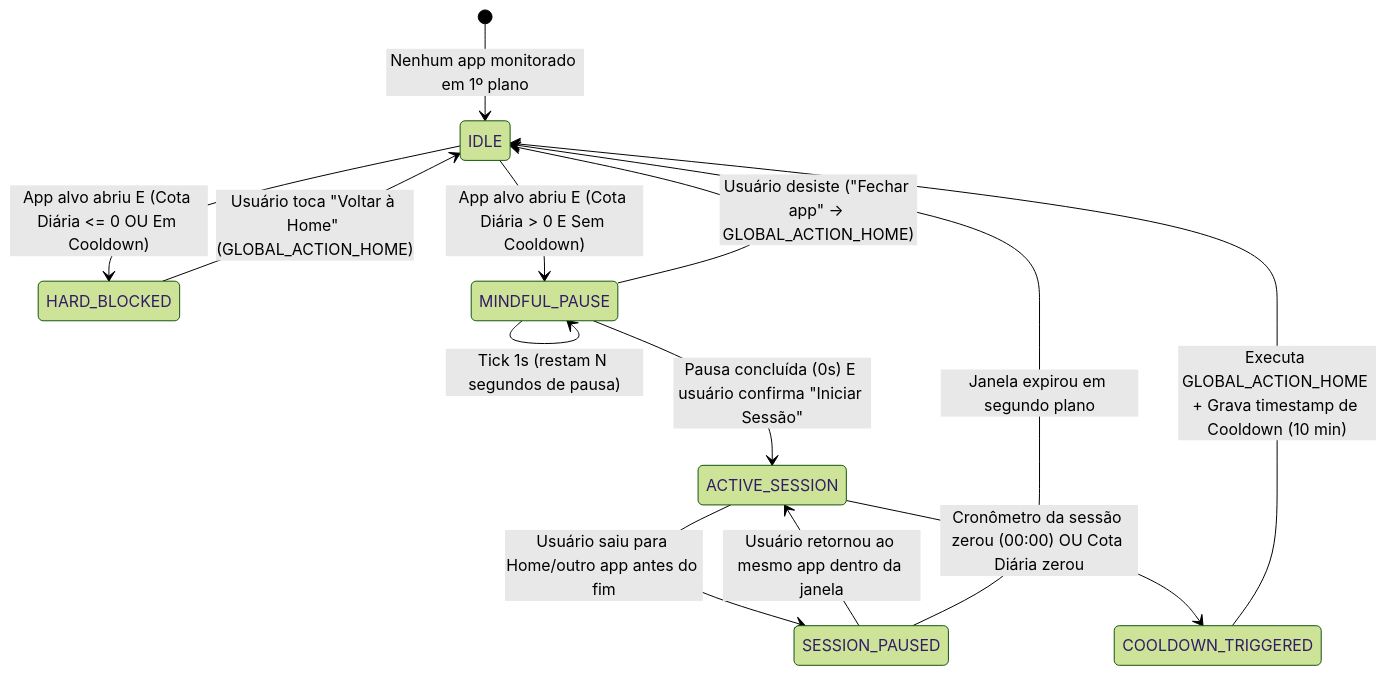
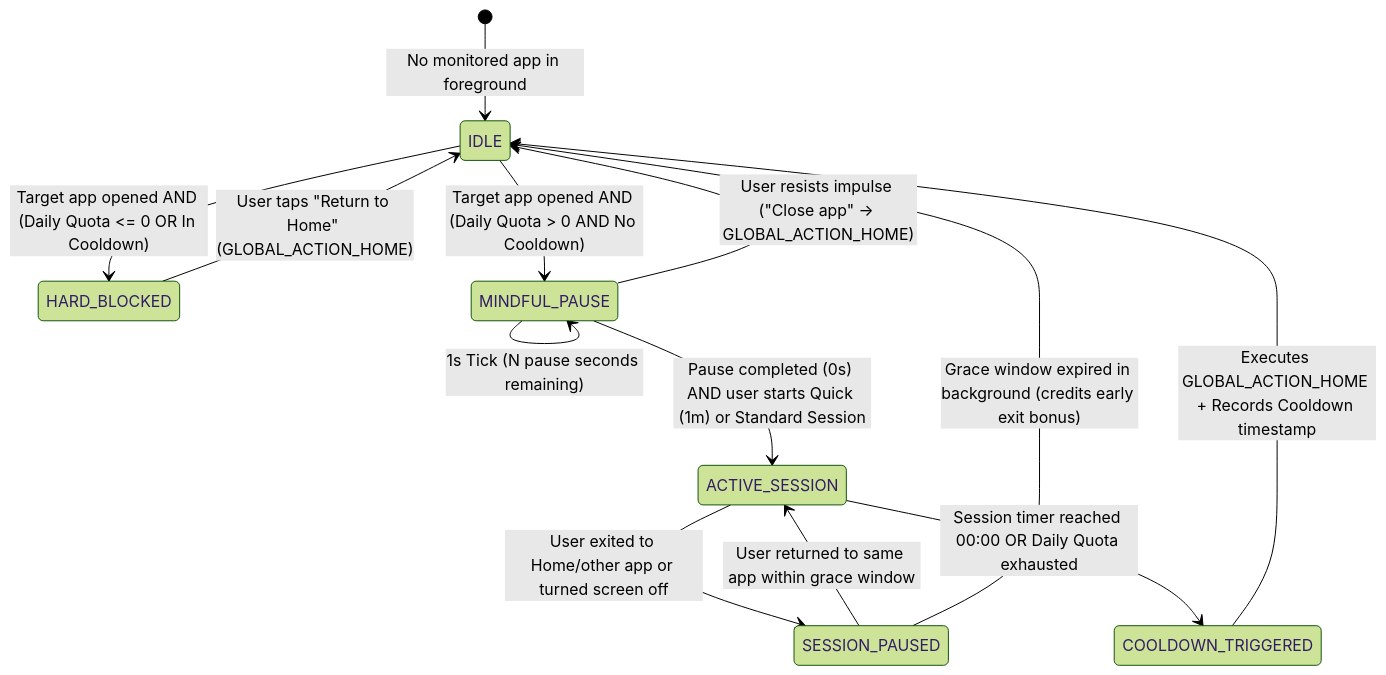
One commit to johnbatistalinux/focus-guard changed the second of 2 diagrams in ARCHITECTURE.md. Above: the diagram before and after it, drawn with Mermaid (forest theme). The commit also changed other lines of this file and 13 other files, not shown here.

````diff
--- a/ARCHITECTURE.md
+++ b/ARCHITECTURE.md
@@ -70,20 +70,20 @@
 ```mermaid
 stateDiagram-v2
-    [*] --> IDLE : Nenhum app monitorado em 1º plano
+    [*] --> IDLE : No monitored app in foreground
 
-    IDLE --> HARD_BLOCKED : App alvo abriu E (Cota Diária <= 0 OU Em Cooldown)
-    IDLE --> MINDFUL_PAUSE : App alvo abriu E (Cota Diária > 0 E Sem Cooldown)
+    IDLE --> HARD_BLOCKED : Target app opened AND (Daily Quota <= 0 OR In Cooldown)
+    IDLE --> MINDFUL_PAUSE : Target app opened AND (Daily Quota > 0 AND No Cooldown)
 
-    HARD_BLOCKED --> IDLE : Usuário toca "Voltar à Home" (GLOBAL_ACTION_HOME)
+    HARD_BLOCKED --> IDLE : User taps "Return to Home" (GLOBAL_ACTION_HOME)
 
-    MINDFUL_PAUSE --> IDLE : Usuário desiste ("Fechar app" -> GLOBAL_ACTION_HOME)
-    MINDFUL_PAUSE --> MINDFUL_PAUSE : Tick 1s (restam N segundos de pausa)
-    MINDFUL_PAUSE --> ACTIVE_SESSION : Pausa concluída (0s) E usuário confirma "Iniciar Sessão"
+    MINDFUL_PAUSE --> IDLE : User resists impulse ("Close app" -> GLOBAL_ACTION_HOME)
+    MINDFUL_PAUSE --> MINDFUL_PAUSE : 1s Tick (N pause seconds remaining)
+    MINDFUL_PAUSE --> ACTIVE_SESSION : Pause completed (0s) AND user starts Quick (1m) or Standard Session
 
-    ACTIVE_SESSION --> SESSION_PAUSED : Usuário saiu para Home/outro app antes do fim
-    SESSION_PAUSED --> ACTIVE_SESSION : Usuário retornou ao mesmo app dentro da janela
-    SESSION_PAUSED --> IDLE : Janela expirou em segundo plano
+    ACTIVE_SESSION --> SESSION_PAUSED : User exited to Home/other app or turned screen off
+    SESSION_PAUSED --> ACTIVE_SESSION : User returned to same app within grace window
+    SESSION_PAUSED --> IDLE : Grace window expired in background (credits early exit bonus)
 
-    ACTIVE_SESSION --> COOLDOWN_TRIGGERED : Cronômetro da sessão zerou (00:00) OU Cota Diária zerou
-    COOLDOWN_TRIGGERED --> IDLE : Executa GLOBAL_ACTION_HOME + Grava timestamp de Cooldown (10 min)
+    ACTIVE_SESSION --> COOLDOWN_TRIGGERED : Session timer reached 00:00 OR Daily Quota exhausted
+    COOLDOWN_TRIGGERED --> IDLE : Executes GLOBAL_ACTION_HOME + Records Cooldown timestamp
 ```
````
